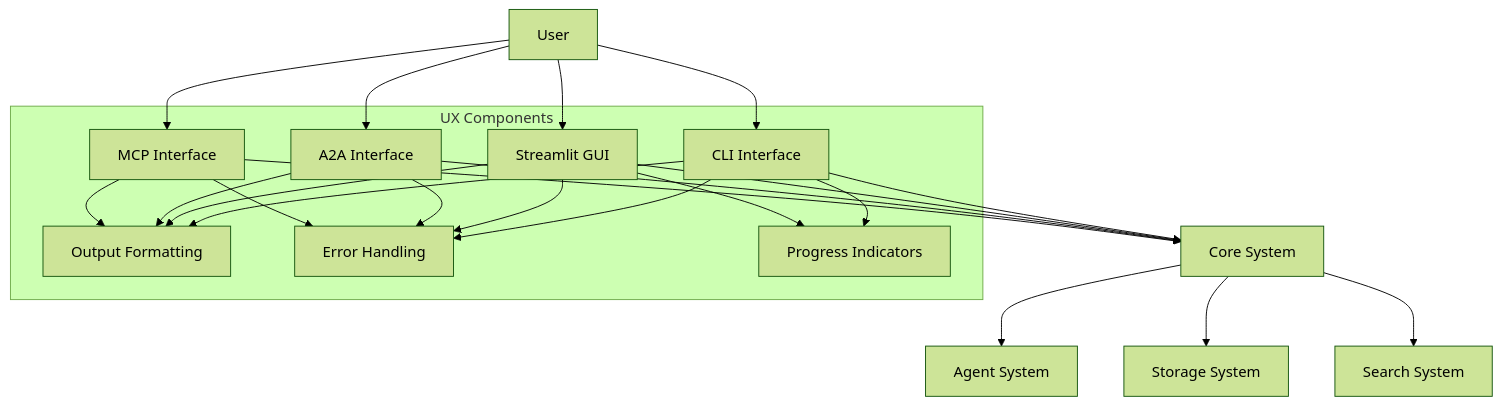
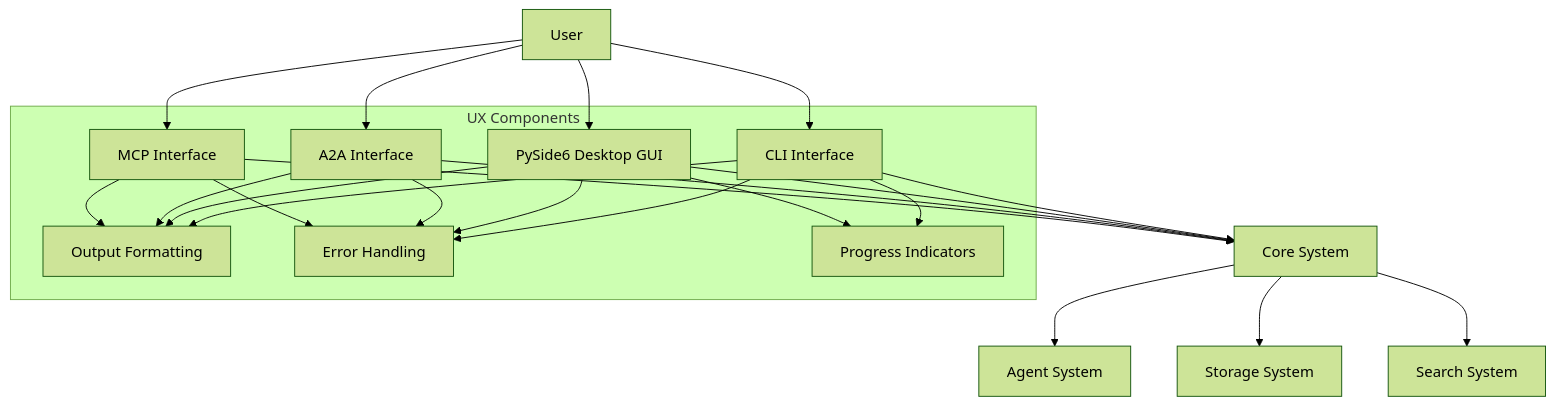
Before and after one commit to ravenoak/autoresearch: the first of 5 diagrams in docs/diagrams/ux_architecture.md, drawn with Mermaid (forest theme). The commit also changed other lines of this file and 1 other file, not shown here.

First line of the commit message:
docs(architecture): update system and UX architecture diagrams

````diff
--- a/docs/diagrams/ux_architecture.md
+++ b/docs/diagrams/ux_architecture.md
@@ -7,39 +7,39 @@
 ```mermaid
 graph TD
     User[User] --> CLI[CLI Interface]
-    User --> GUI[Streamlit GUI]
+    User --> GUI[PySide6 Desktop GUI]
     User --> A2A[A2A Interface]
     User --> MCP[MCP Interface]
     
     CLI --> Core[Core System]
     GUI --> Core
     A2A --> Core
     MCP --> Core
     
     Core --> Agents[Agent System]
     Core --> Storage[Storage System]
     Core --> Search[Search System]
     
     subgraph "UX Components"
         CLI
         GUI
         A2A
         MCP
         OutputFormat[Output Formatting]
         ErrorHandling[Error Handling]
         ProgressIndicators[Progress Indicators]
     end
     
     CLI --> OutputFormat
     GUI --> OutputFormat
     A2A --> OutputFormat
     MCP --> OutputFormat
     
     CLI --> ErrorHandling
     GUI --> ErrorHandling
     A2A --> ErrorHandling
     MCP --> ErrorHandling
     
     CLI --> ProgressIndicators
     GUI --> ProgressIndicators
 ```
````
